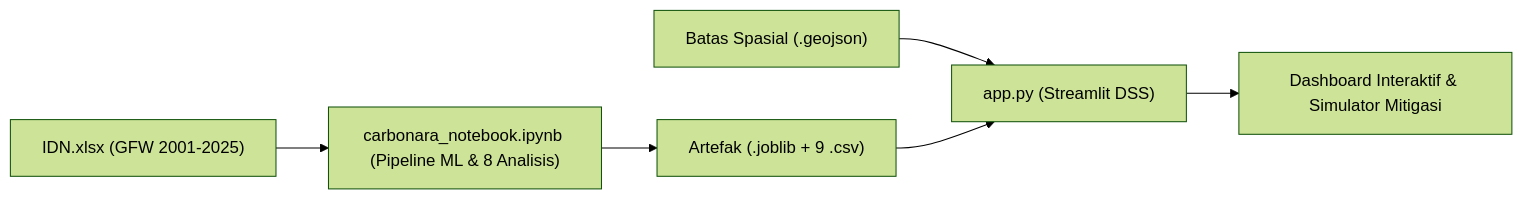
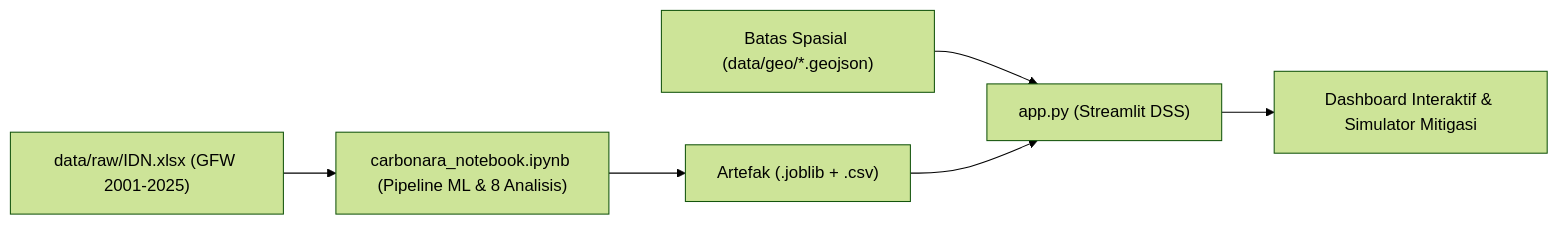
Before and after one commit to scamlaude-Carbonara/carbonara-prototype: the diagram in README.md, drawn with Mermaid (forest theme). The commit also changed other lines of this file and 4 other files, not shown here.

````diff
--- a/README.md
+++ b/README.md
@@ -7,8 +7,8 @@
 ```mermaid
 flowchart LR
-    RAW["IDN.xlsx (GFW 2001-2025)"] --> NB["carbonara_notebook.ipynb (Pipeline ML & 8 Analisis)"]
-    NB --> ART["Artefak (.joblib + 9 .csv)"]
-    GEO["Batas Spasial (.geojson)"] --> APP["app.py (Streamlit DSS)"]
+    RAW["data/raw/IDN.xlsx (GFW 2001-2025)"] --> NB["carbonara_notebook.ipynb (Pipeline ML & 8 Analisis)"]
+    NB --> ART["Artefak (.joblib + .csv)"]
+    GEO["Batas Spasial (data/geo/*.geojson)"] --> APP["app.py (Streamlit DSS)"]
     ART --> APP
     APP --> OUT["Dashboard Interaktif & Simulator Mitigasi"]
 ```
````
